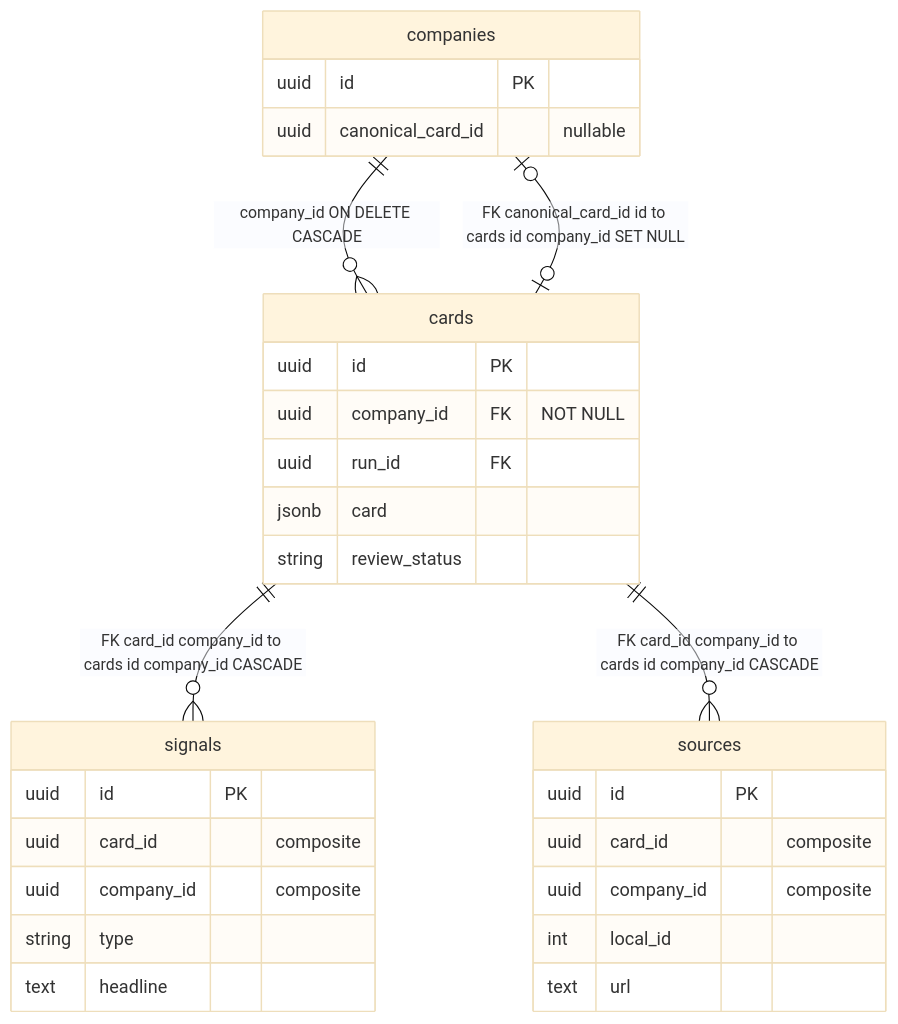
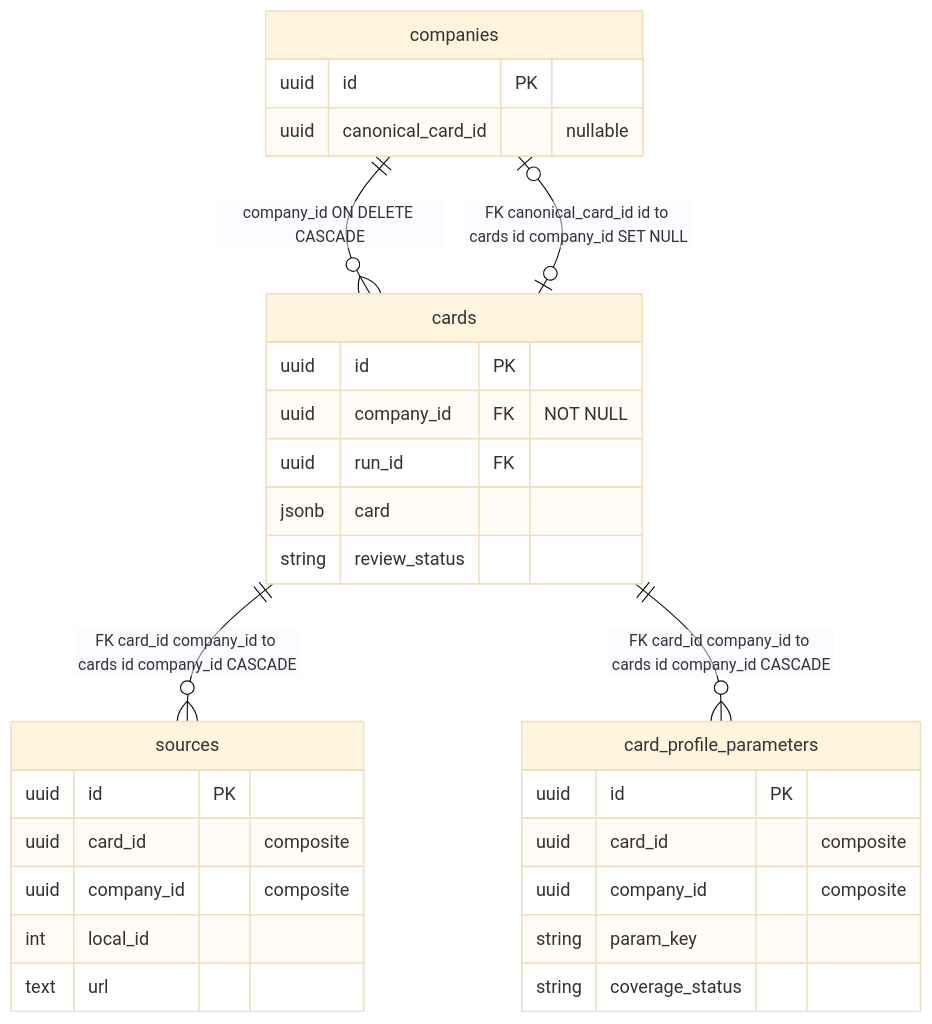
Before and after one commit to Growth-Maschine/NORAD-INTEL-ENGINE-V1: the ninth of 10 diagrams in docs/phase-1/P1-04-admin.md, drawn with Mermaid (base theme). The commit also changed other lines of this file and 14 other files, not shown here.

````diff
--- a/docs/phase-1/P1-04-admin.md
+++ b/docs/phase-1/P1-04-admin.md
@@ -1105,33 +1133,33 @@
 ```mermaid
 erDiagram
     companies {
         uuid id PK
         uuid canonical_card_id "nullable"
     }
     cards {
         uuid id PK
         uuid company_id FK "NOT NULL"
         uuid run_id FK
         jsonb card
         string review_status
     }
-    signals {
-        uuid id PK
-        uuid card_id "composite"
-        uuid company_id "composite"
-        string type
-        text headline
-    }
     sources {
         uuid id PK
         uuid card_id "composite"
         uuid company_id "composite"
         int local_id
         text url
     }
+    card_profile_parameters {
+        uuid id PK
+        uuid card_id "composite"
+        uuid company_id "composite"
+        string param_key
+        string coverage_status
+    }
 
     companies ||--o{ cards : "company_id ON DELETE CASCADE"
     companies |o--o| cards : "FK canonical_card_id id to cards id company_id SET NULL"
-    cards ||--o{ signals : "FK card_id company_id to cards id company_id CASCADE"
     cards ||--o{ sources : "FK card_id company_id to cards id company_id CASCADE"
+    cards ||--o{ card_profile_parameters : "FK card_id company_id to cards id company_id CASCADE"
 ```
````
